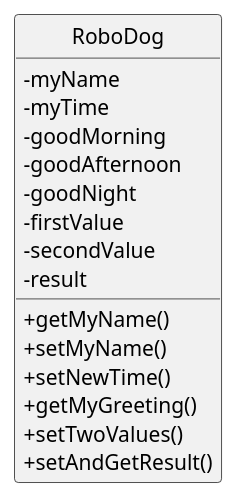
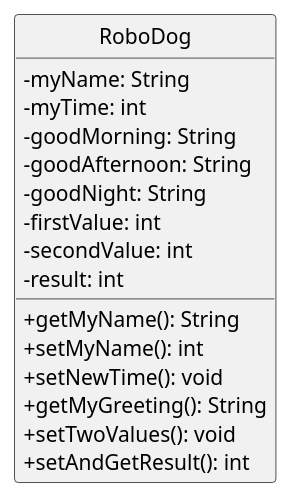
Before and after one commit to admin1-s/ohara_uml: the diagram in 06_robo_dog/class.pu, drawn with PlantUML.

```diff
--- a/06_robo_dog/class.pu
+++ b/06_robo_dog/class.pu
@@ -1,25 +1,26 @@
 @startuml Robodogクラス図
 skinparam classAttributeIconSize 0
 hide circle
  
 class RoboDog {
--myName
--myTime
--goodMorning
--goodAfternoon
--goodNight
--firstValue
--secondValue
-'教科書にはない
--result
+-myName: String
+-myTime: int
+-goodMorning: String
+-goodAfternoon: String
+-goodNight: String
+-firstValue: int
+-secondValue: int
+' 教科書にはない
+-result: int
  
-+getMyName()
-+setMyName()
-+setNewTime()
-+getMyGreeting()
-'教科書にはない
-+setTwoValues()
-+setAndGetResult()
+' 返り値
++getMyName(): String
++setMyName(): int
++setNewTime(): void
++getMyGreeting(): String
+' 教科書にはない
++setTwoValues(): void
++setAndGetResult(): int
 }
  
 @enduml
```
